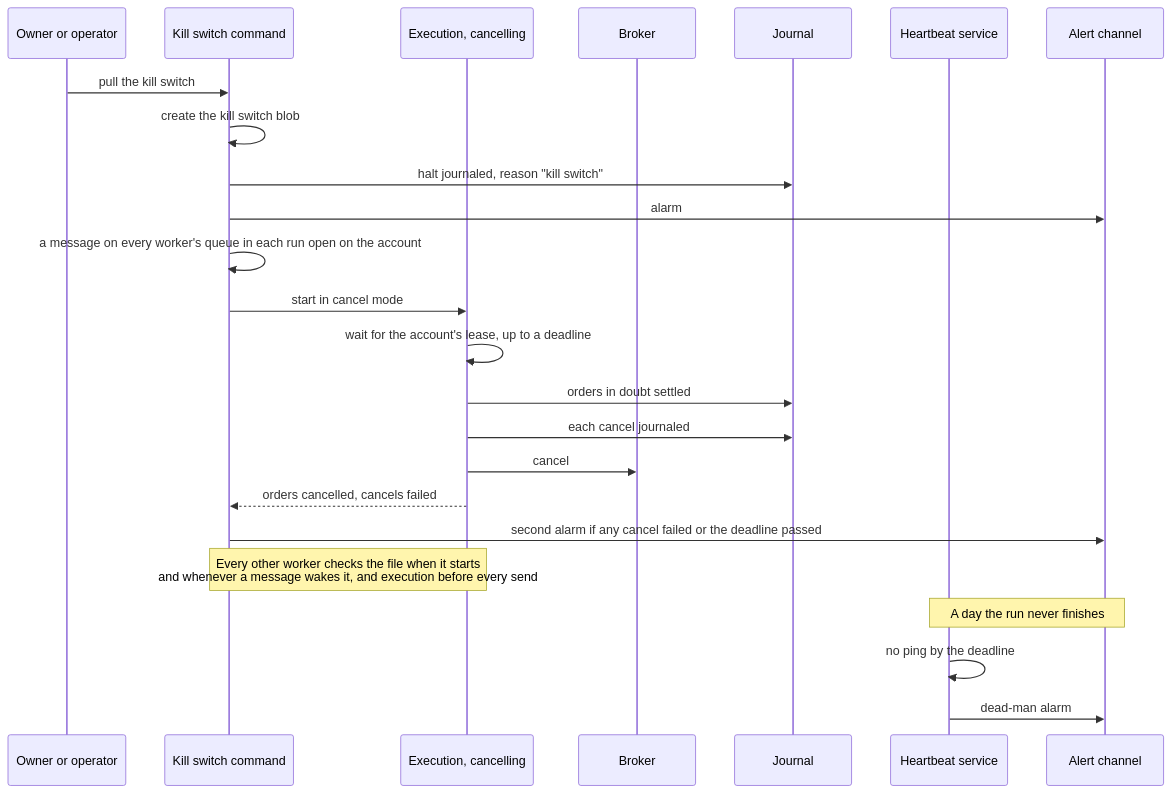
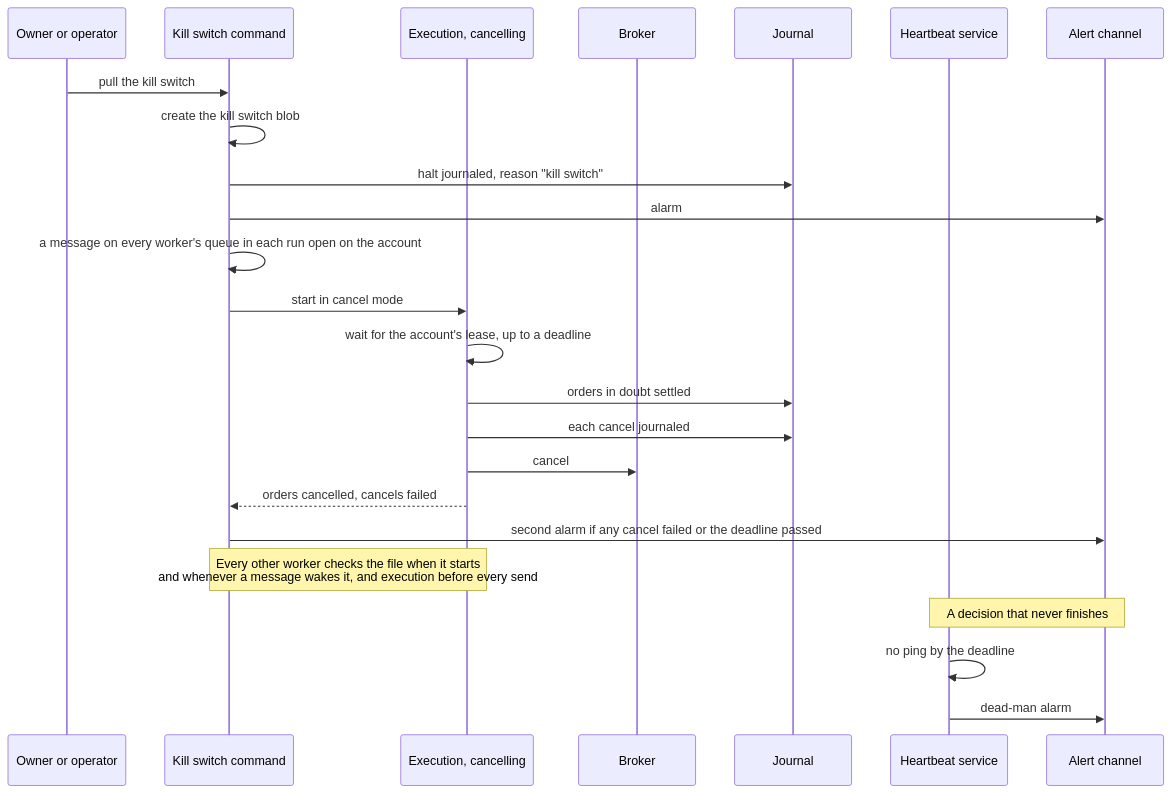
Before and after one commit to l3a0/ithildin-runtime: the ninth of 16 diagrams in docs/architecture.md, drawn with Mermaid. The commit also changed other lines of this file and 2 other files, not shown here.

````diff
--- a/docs/architecture.md
+++ b/docs/architecture.md
@@ -790,28 +803,28 @@
 ```mermaid
 sequenceDiagram
     participant P as Owner or operator
     participant K as Kill switch command
     participant X as Execution, cancelling
     participant B as Broker
     participant J as Journal
     participant H as Heartbeat service
     participant A as Alert channel
 
     P->>K: pull the kill switch
     K->>K: create the kill switch blob
     K->>J: halt journaled, reason "kill switch"
     K->>A: alarm
     K->>K: a message on every worker's queue in each run open on the account
     K->>X: start in cancel mode
     X->>X: wait for the account's lease, up to a deadline
     X->>J: orders in doubt settled
     X->>J: each cancel journaled
     X->>B: cancel
     X-->>K: orders cancelled, cancels failed
     K->>A: second alarm if any cancel failed or the deadline passed
     Note over K,X: Every other worker checks the file when it starts<br/>and whenever a message wakes it, and execution before every send
 
-    Note over H,A: A day the run never finishes
+    Note over H,A: A decision that never finishes
     H->>H: no ping by the deadline
     H->>A: dead-man alarm
 ```
````
